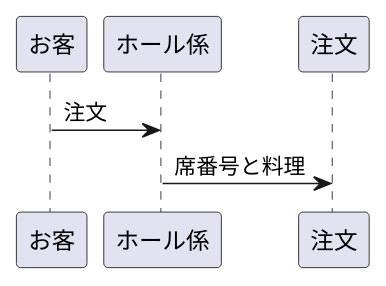
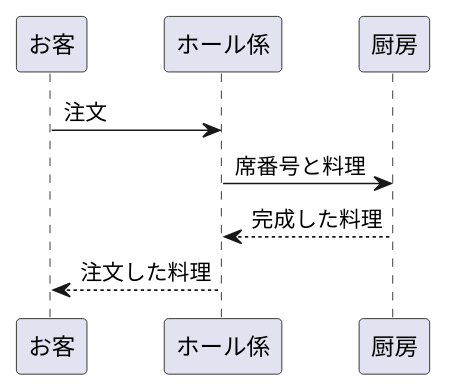
Before and after one commit to Aso2001171/2021sys-design: the diagram in cook.md, drawn with PlantUML.

````diff
--- a/cook.md
+++ b/cook.md
@@ -1,8 +1,11 @@
 ```uml
 @startuml
 お客-> "ホール係" : 注文
-"ホール係" -> "注文" :席番号と料理
+"ホール係" -> "厨房" :席番号と料理
+"厨房" --> "ホール係" :完成した料理
+"ホール係" --> "お客" :注文した料理
+
 
 
 @enduml
 ```
````
